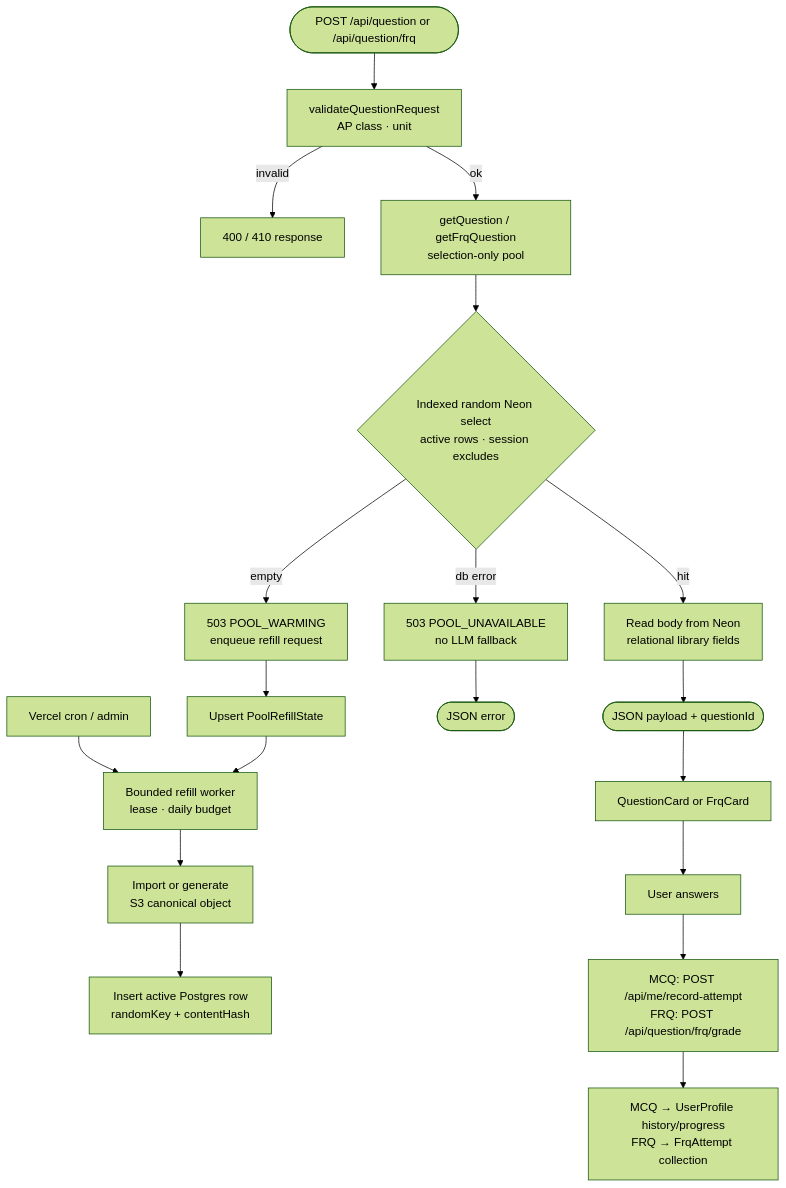
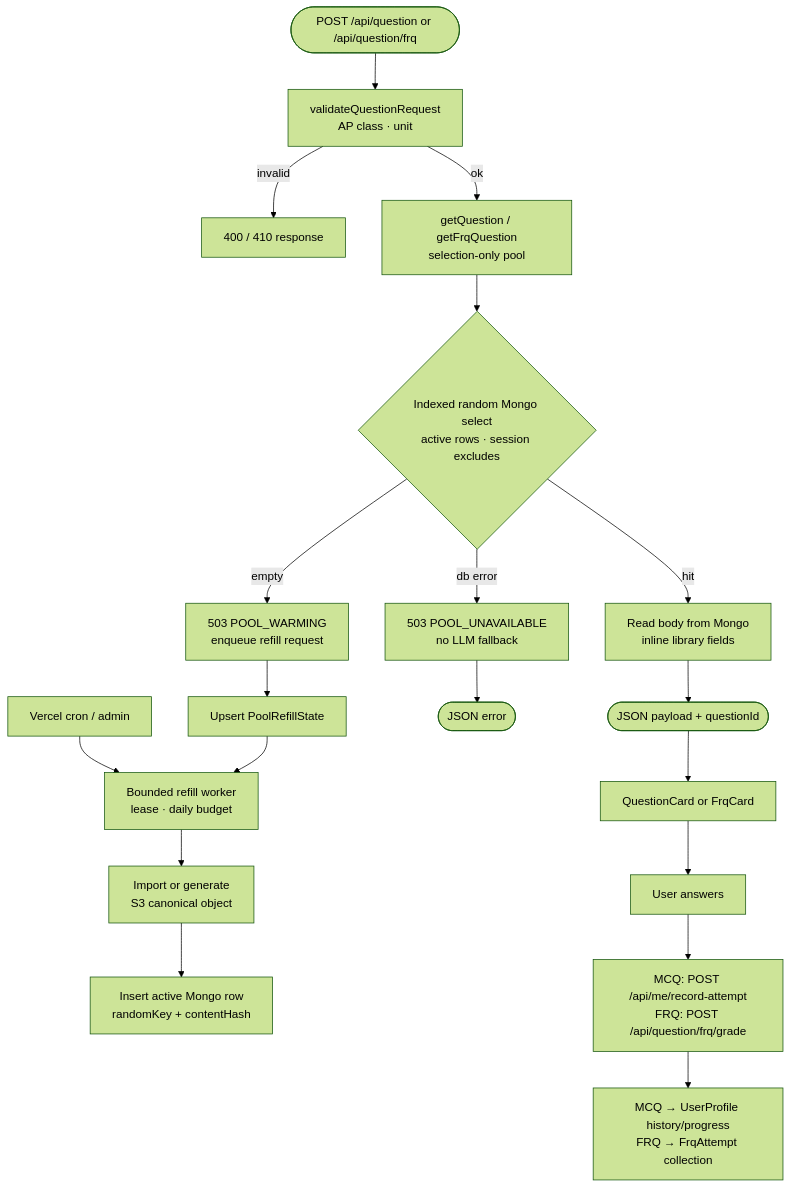
One commit to 5cisummai/freeappractice changed the fourth of 7 diagrams in docs/architecture.md. Above: the diagram before and after it, drawn with Mermaid (forest theme). The commit also changed other lines of this file and 165 other files, not shown here.

````diff
--- a/docs/architecture.md
+++ b/docs/architecture.md
@@ -188,25 +188,25 @@
 ```mermaid
 flowchart TD
     Start(["POST /api/question or /api/question/frq"]) --> Validate["validateQuestionRequest<br/>AP class · unit"]
     Validate -->|invalid| Err400["400 / 410 response"]
     Validate -->|ok| Pool["getQuestion / getFrqQuestion<br/>selection-only pool"]
 
-    Pool --> Select{"Indexed random Neon select<br/>active rows · session excludes"}
-    Select -->|hit| LoadInline["Read body from Neon<br/>relational library fields"]
+    Pool --> Select{"Indexed random Mongo select<br/>active rows · session excludes"}
+    Select -->|hit| LoadInline["Read body from Mongo<br/>inline library fields"]
     Select -->|empty| Warming["503 POOL_WARMING<br/>enqueue refill request"]
     Select -->|db error| Unavailable["503 POOL_UNAVAILABLE<br/>no LLM fallback"]
 
     LoadInline --> Return(["JSON payload + questionId"])
     Warming --> RefillReq["Upsert PoolRefillState"]
     Unavailable --> ReturnErr(["JSON error"])
 
     Cron["Vercel cron / admin"] --> Worker["Bounded refill worker<br/>lease · daily budget"]
     RefillReq --> Worker
     Worker --> S3First["Import or generate<br/>S3 canonical object"]
-    S3First --> NeonInsert["Insert active Postgres row<br/>randomKey + contentHash"]
+    S3First --> MongoInsert["Insert active Mongo row<br/>randomKey + contentHash"]
 
     Return --> UI["QuestionCard or FrqCard"]
     UI --> Attempt["User answers"]
     Attempt --> Record["MCQ: POST /api/me/record-attempt<br/>FRQ: POST /api/question/frq/grade"]
     Record --> Profile["MCQ → UserProfile history/progress<br/>FRQ → FrqAttempt collection"]
 ```
````
